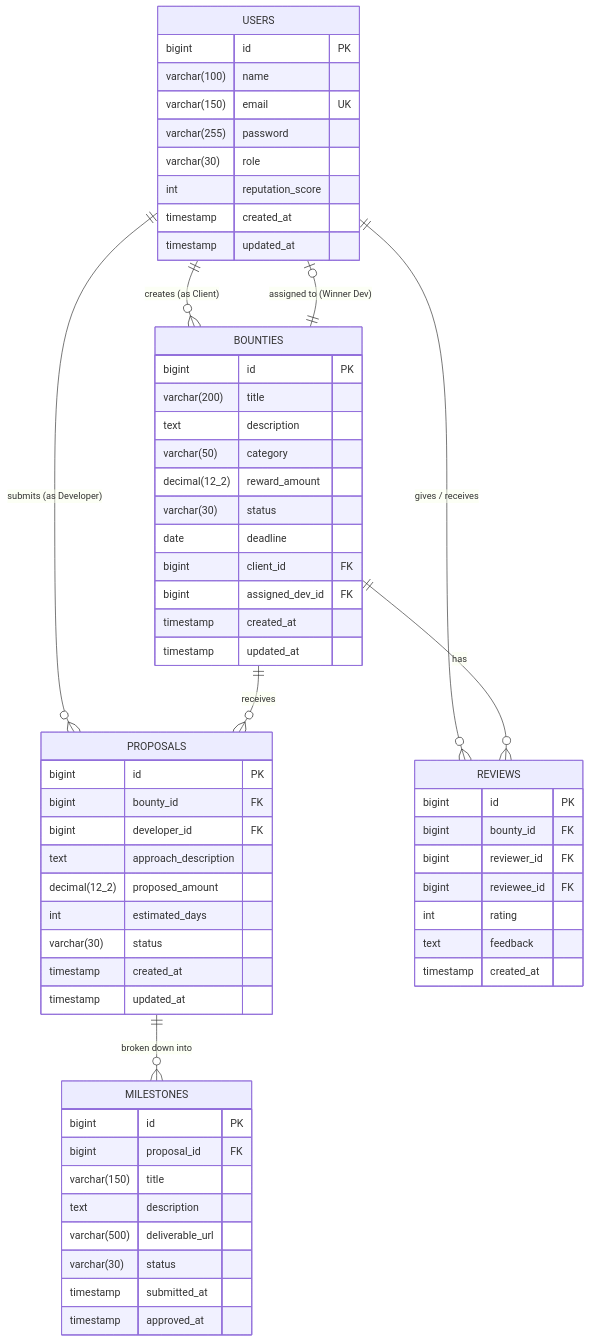
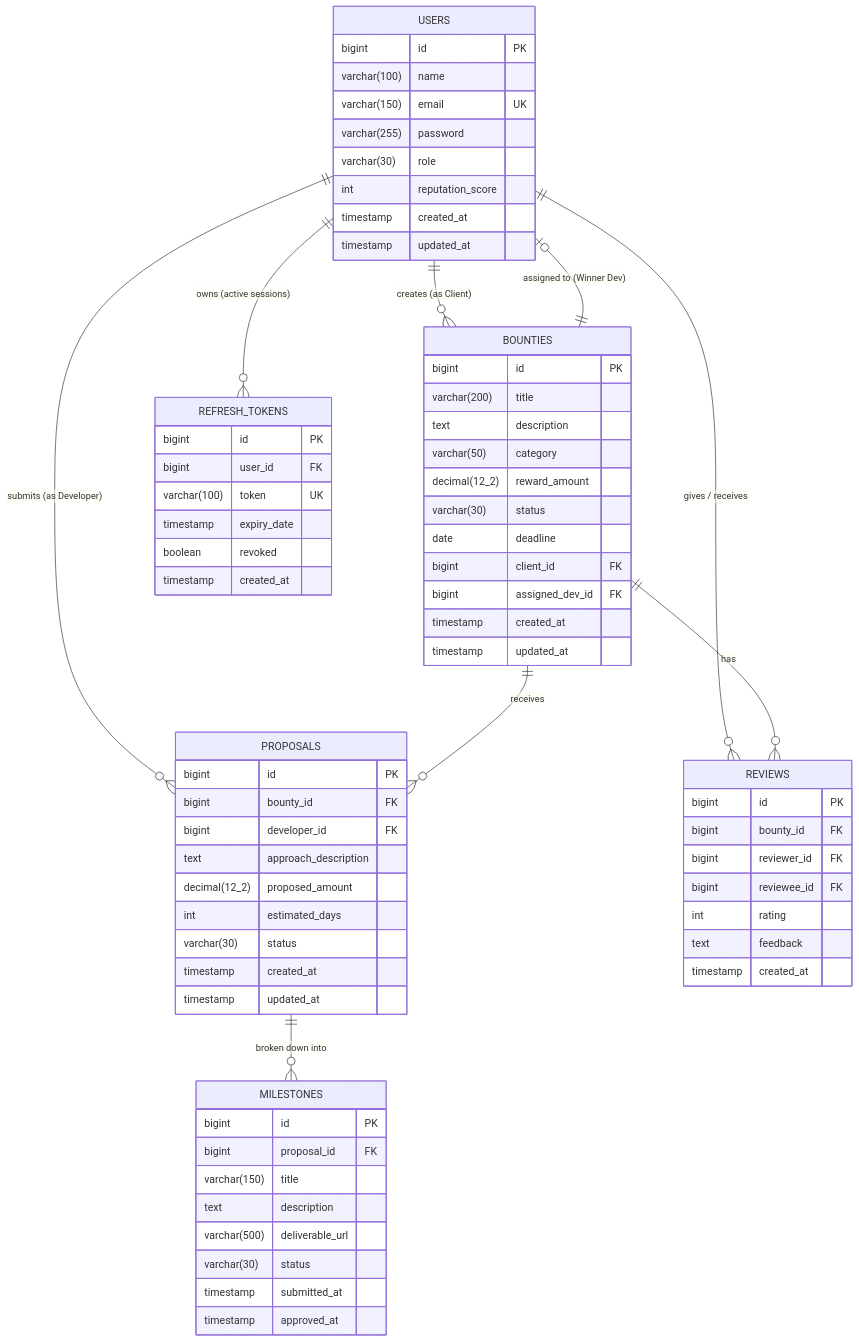
One commit to gargnikunj991-ux/OpenBounty changed the diagram in DATABASE_SCHEMA.md. Above: the diagram before and after it, drawn with Mermaid. The commit also changed other lines of this file and 6 other files, not shown here.

````diff
--- a/DATABASE_SCHEMA.md
+++ b/DATABASE_SCHEMA.md
@@ -9,68 +9,78 @@
 ```mermaid
 erDiagram
     USERS ||--o{ BOUNTIES : "creates (as Client)"
     USERS ||--o{ PROPOSALS : "submits (as Developer)"
     USERS ||--o{ REVIEWS : "gives / receives"
+    USERS ||--o{ REFRESH_TOKENS : "owns (active sessions)"
     BOUNTIES ||--o{ PROPOSALS : "receives"
     BOUNTIES ||--o| USERS : "assigned to (Winner Dev)"
     PROPOSALS ||--o{ MILESTONES : "broken down into"
     BOUNTIES ||--o{ REVIEWS : "has"
 
     USERS {
         bigint id PK
         varchar(100) name
         varchar(150) email UK
         varchar(255) password
         varchar(30) role
         int reputation_score
         timestamp created_at
         timestamp updated_at
     }
 
     BOUNTIES {
         bigint id PK
         varchar(200) title
         text description
         varchar(50) category
         decimal(12_2) reward_amount
         varchar(30) status
         date deadline
         bigint client_id FK
         bigint assigned_dev_id FK
         timestamp created_at
         timestamp updated_at
     }
 
     PROPOSALS {
         bigint id PK
         bigint bounty_id FK
         bigint developer_id FK
         text approach_description
         decimal(12_2) proposed_amount
         int estimated_days
         varchar(30) status
         timestamp created_at
         timestamp updated_at
     }
 
     MILESTONES {
         bigint id PK
         bigint proposal_id FK
         varchar(150) title
         text description
         varchar(500) deliverable_url
         varchar(30) status
         timestamp submitted_at
         timestamp approved_at
     }
 
     REVIEWS {
         bigint id PK
         bigint bounty_id FK
         bigint reviewer_id FK
         bigint reviewee_id FK
         int rating
         text feedback
         timestamp created_at
     }
+
+    REFRESH_TOKENS {
+        bigint id PK
+        bigint user_id FK
+        varchar(100) token UK
+        timestamp expiry_date
+        boolean revoked
+        timestamp created_at
+    }
 ```
````
